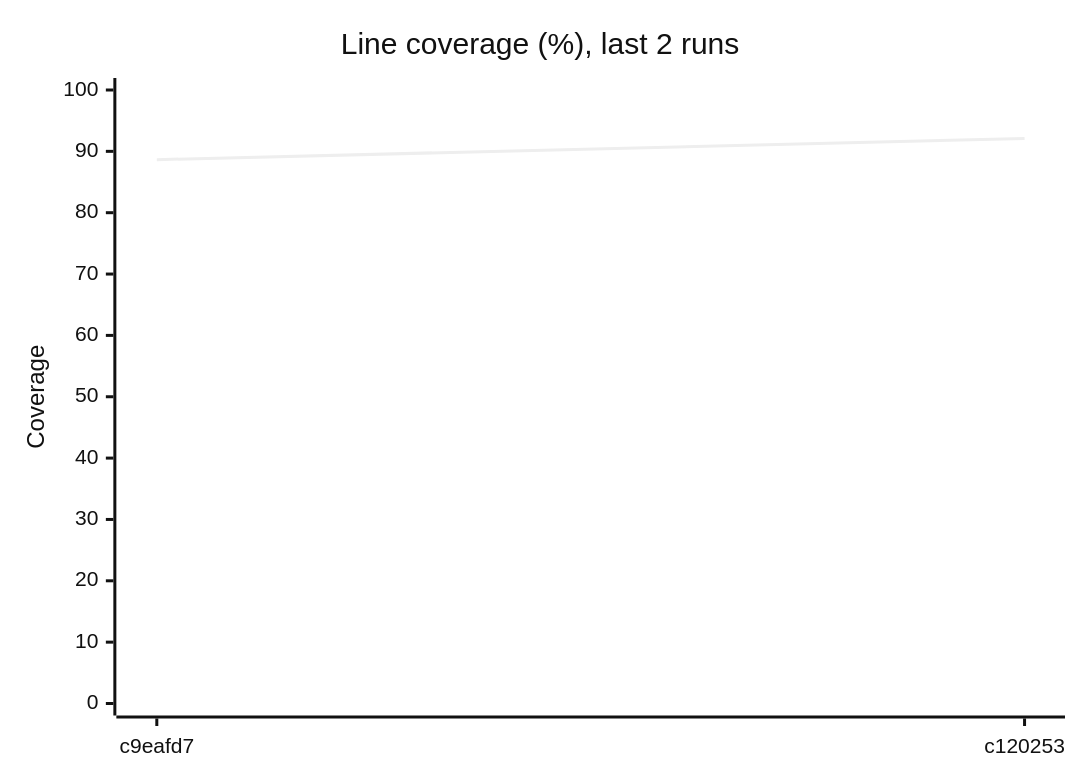
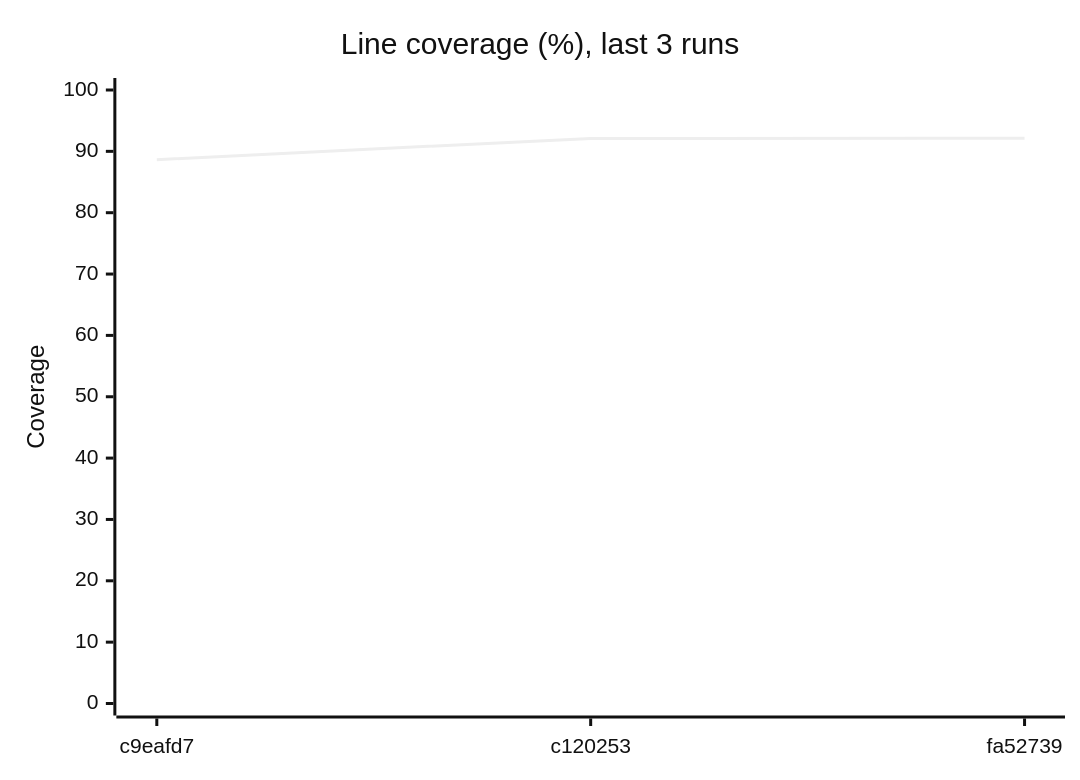
One commit to Shirojoufu/Flaky-Tests changed the third of 3 diagrams in reports/summary.md. Above: the diagram before and after it, drawn with Mermaid (neutral theme). The commit also changed other lines of this file and 6 other files, not shown here.

````diff
--- a/reports/summary.md
+++ b/reports/summary.md
@@ -33,7 +33,7 @@
 ```mermaid
 xychart-beta
-    title "Line coverage (%), last 2 runs"
-    x-axis ["c9eafd7", "c120253"]
+    title "Line coverage (%), last 3 runs"
+    x-axis ["c9eafd7", "c120253", "fa52739"]
     y-axis "Coverage" 0 --> 100
-    line [88.65, 92.11]
+    line [88.65, 92.11, 92.13]
 ```
````
